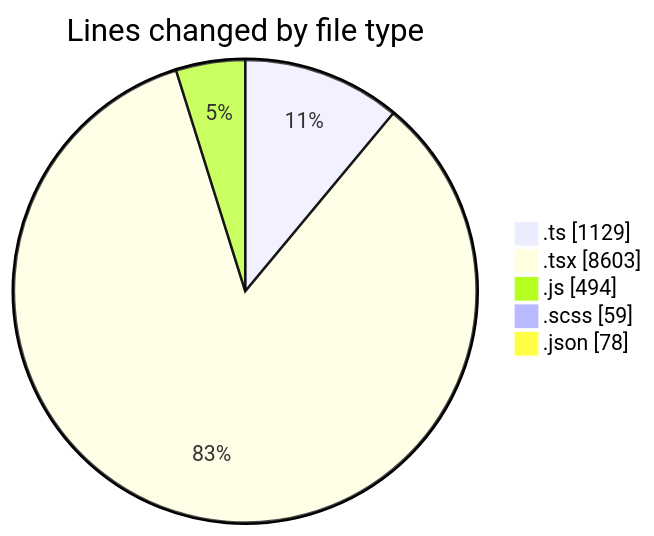
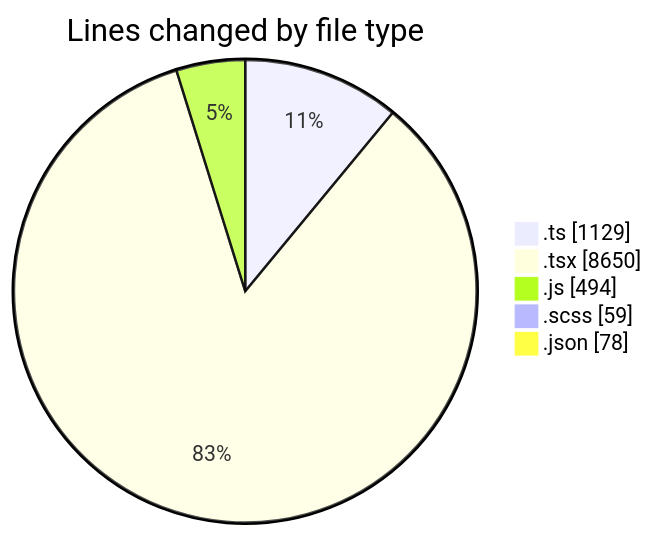
The first of 2 diagrams in 2025-09-02/cda/README.md (momahboobian/code-tracking), drawn with Mermaid before and after one commit. The commit also changed other lines of this file and 1 other file, not shown here.

````diff
--- a/2025-09-02/cda/README.md
+++ b/2025-09-02/cda/README.md
@@ -33,9 +33,9 @@
 ```mermaid
 pie showData
 title Lines changed by file type
 ".ts" : 1129
-".tsx" : 8603
+".tsx" : 8650
 ".js" : 494
 ".scss" : 59
 ".json" : 78
 ```
````
